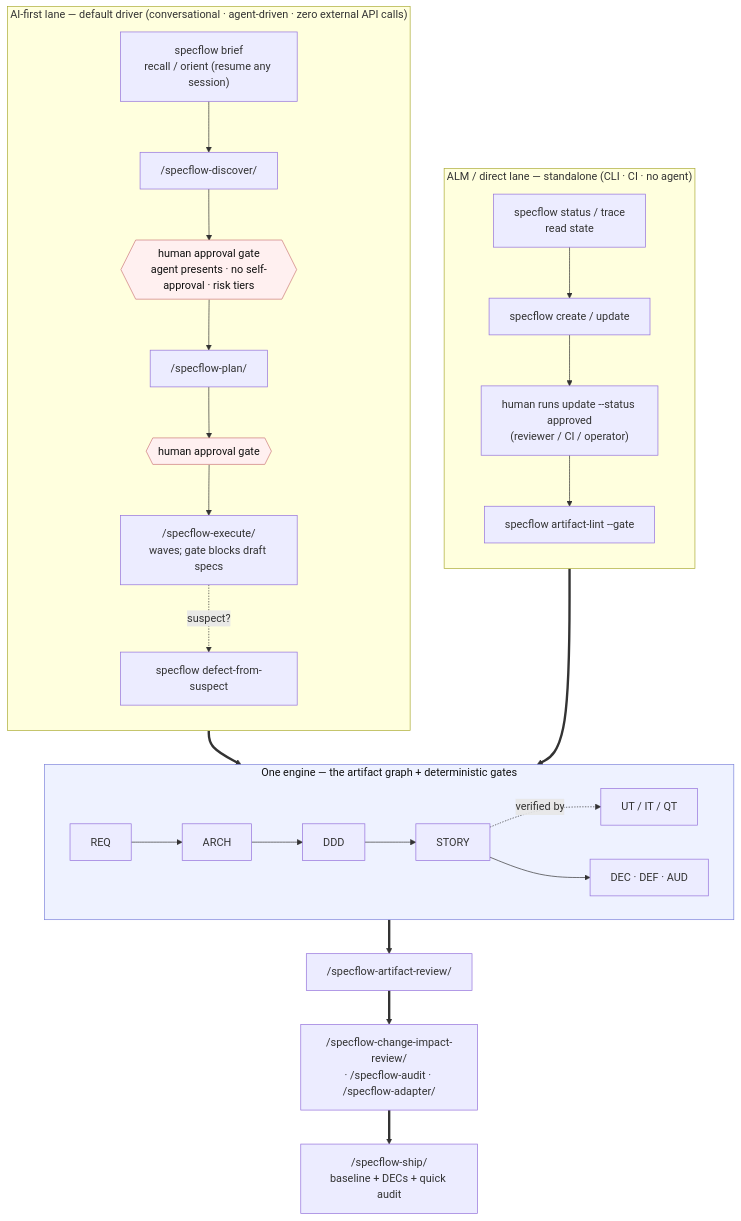
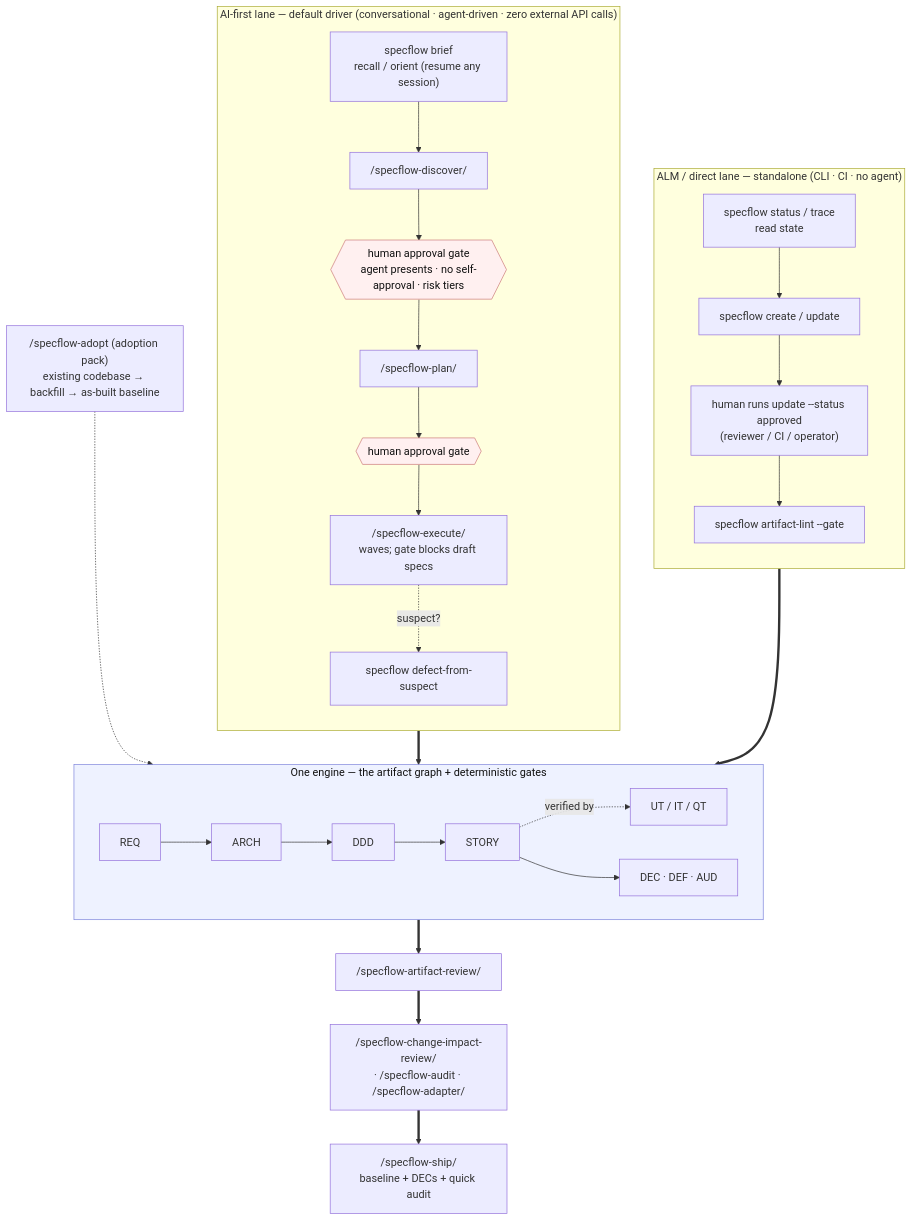
One commit to Longhuiberkeley/specflow changed the diagram in docs/lifecycle.md. Above: the diagram before and after it, drawn with Mermaid. The commit also changed other lines of this file and 58 other files, not shown here.

First line of the commit message:
feat: adoption pack — brownfield onboarding via ARCH-per-component code-linking (v1.9.3)

````diff
--- a/docs/lifecycle.md
+++ b/docs/lifecycle.md
@@ -16,38 +16,40 @@
 ```mermaid
 flowchart TB
     classDef engine fill:#eef2ff,stroke:#7c83db,color:#111;
     classDef gate fill:#fff0f0,stroke:#cc7a7a,color:#111;
 
     subgraph AI["AI-first lane — default driver (conversational · agent-driven · zero external API calls)"]
         direction TB
         BR["specflow brief<br/>recall / orient (resume any session)"] --> AID["/specflow-discover/"]
         AID --> AG1{{"human approval gate<br/>agent presents · no self-approval · risk tiers"}}
         AG1 --> AIP["/specflow-plan/"]
         AIP --> AG2{{"human approval gate"}}
         AG2 --> AIE["/specflow-execute/<br/>waves; gate blocks draft specs"]
         AIE -. "suspect?" .-> DFS["specflow defect-from-suspect"]
     end
 
     subgraph ALM["ALM / direct lane — standalone (CLI · CI · no agent)"]
         direction TB
         ALS["specflow status / trace<br/>read state"] --> ALC["specflow create / update"]
         ALC --> ALG["human runs update --status approved<br/>(reviewer / CI / operator)"]
         ALG --> ALL["specflow artifact-lint --gate"]
     end
 
     subgraph ENG["One engine — the artifact graph + deterministic gates"]
         direction LR
         REQ --> ARCH --> DDD --> STORY
         STORY -. "verified by" .-> TST["UT / IT / QT"]
         STORY --> WRK["DEC · DEF · AUD"]
     end
 
+    ADOPT["/specflow-adopt (adoption pack)<br/>existing codebase → backfill → as-built baseline"]
+    ADOPT -.-> ENG
     AI ==> ENG
     ALM ==> ENG
     ENG ==> REV["/specflow-artifact-review/"]
     REV ==> NEXT["/specflow-change-impact-review/<br/>· /specflow-audit · /specflow-adapter/"]
     NEXT ==> SHIP["/specflow-ship/<br/>baseline + DECs + quick audit"]
 
     class ENG engine
     class AG1,AG2 gate
 ```
````
